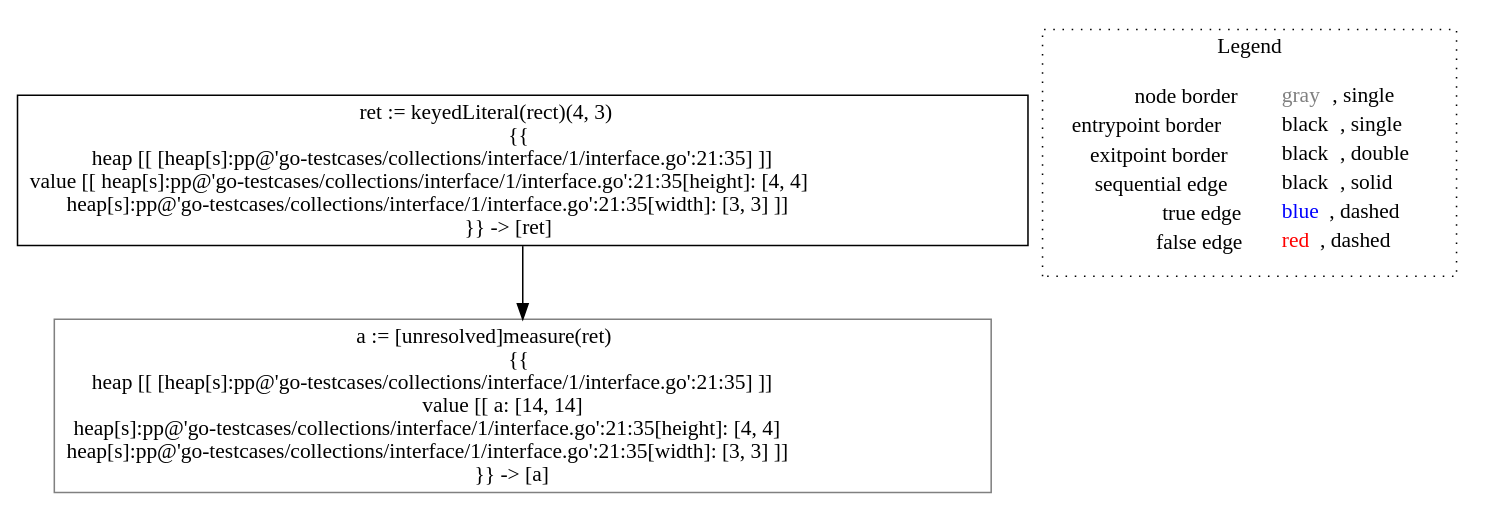
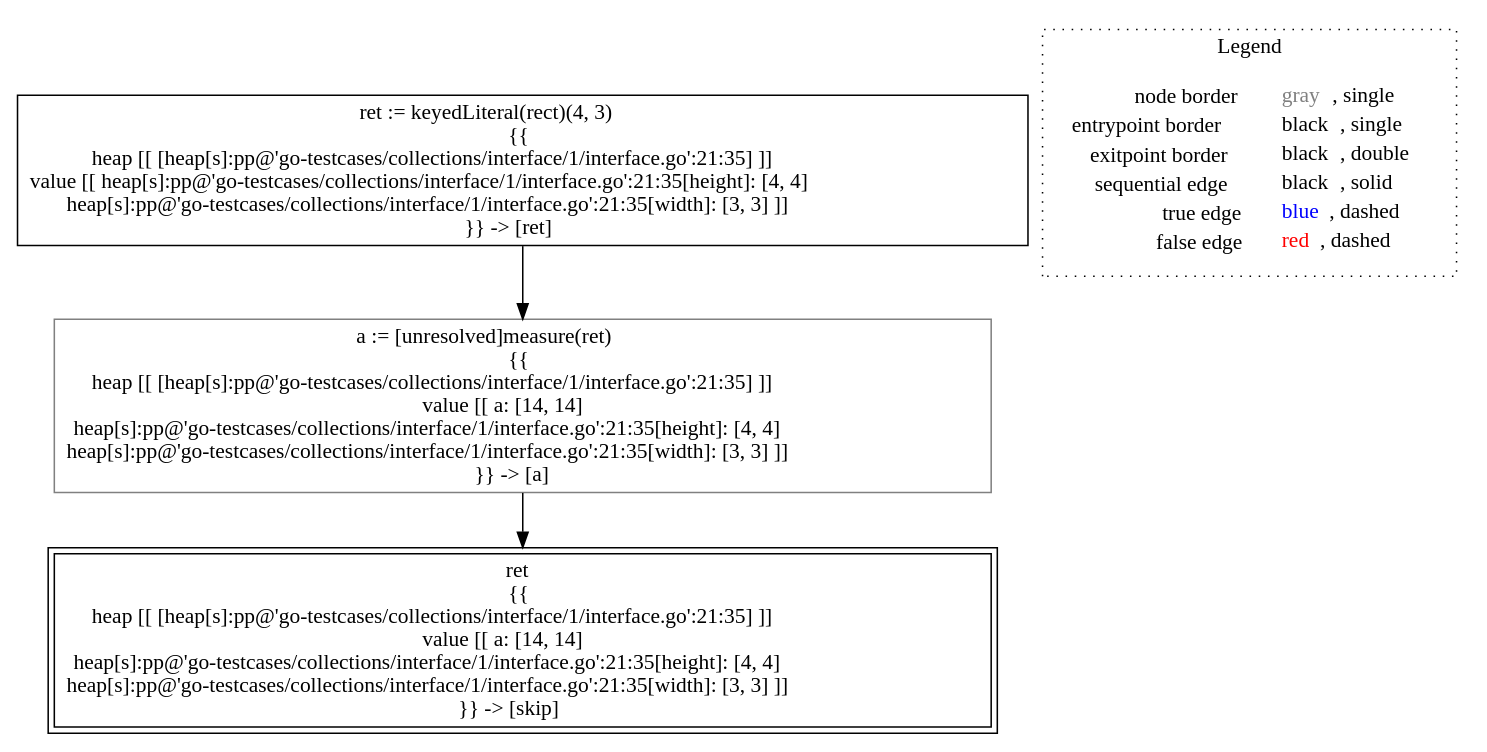
One commit to lisa-analyzer/go-lisa changed the diagram in go-lisa/go-testcases/collections/interface/1/analysis___untyped_~LiSAProgram.main().dot. Above: the diagram before and after it, drawn with Graphviz. The commit also changed 86 other files, not shown here.

```diff
--- a/go-lisa/go-testcases/collections/interface/1/analysis___untyped_~LiSAProgram.main().dot
+++ b/go-lisa/go-testcases/collections/interface/1/analysis___untyped_~LiSAProgram.main().dot
@@ -1,12 +1,14 @@
 digraph {
 	"node0" [shape="rect",color="black",label=<ret := keyedLiteral(rect)(4, 3)<BR/>{{<BR/>heap [[ [heap[s]:pp@'go-testcases/collections/interface/1/interface.go':21:35] ]]<BR/>value [[ heap[s]:pp@'go-testcases/collections/interface/1/interface.go':21:35[height]: [4, 4]<BR/>heap[s]:pp@'go-testcases/collections/interface/1/interface.go':21:35[width]: [3, 3] ]]<BR/>}} -&gt; [ret]>];
-	"node1" [shape="rect",color="gray",label=<a := [unresolved]measure(ret)<BR/>{{<BR/>heap [[ [heap[s]:pp@'go-testcases/collections/interface/1/interface.go':21:35] ]]<BR/>value [[ a: [14, 14]<BR/>heap[s]:pp@'go-testcases/collections/interface/1/interface.go':21:35[height]: [4, 4]<BR/>heap[s]:pp@'go-testcases/collections/interface/1/interface.go':21:35[width]: [3, 3] ]]<BR/>}} -&gt; [a]>];
-	"node0" -> "node1" [color="black"];
+	"node1" [shape="rect",color="black",peripheries="2",label=<ret<BR/>{{<BR/>heap [[ [heap[s]:pp@'go-testcases/collections/interface/1/interface.go':21:35] ]]<BR/>value [[ a: [14, 14]<BR/>heap[s]:pp@'go-testcases/collections/interface/1/interface.go':21:35[height]: [4, 4]<BR/>heap[s]:pp@'go-testcases/collections/interface/1/interface.go':21:35[width]: [3, 3] ]]<BR/>}} -&gt; [skip]>];
+	"node2" [shape="rect",color="gray",label=<a := [unresolved]measure(ret)<BR/>{{<BR/>heap [[ [heap[s]:pp@'go-testcases/collections/interface/1/interface.go':21:35] ]]<BR/>value [[ a: [14, 14]<BR/>heap[s]:pp@'go-testcases/collections/interface/1/interface.go':21:35[height]: [4, 4]<BR/>heap[s]:pp@'go-testcases/collections/interface/1/interface.go':21:35[width]: [3, 3] ]]<BR/>}} -&gt; [a]>];
+	"node0" -> "node2" [color="black"];
+	"node2" -> "node1" [color="black"];
 subgraph cluster_legend {
 	label="Legend";
 	style=dotted;
 	node [shape=plaintext];
 	"legend" [label=<<table border="0" cellpadding="2" cellspacing="0" cellborder="0"><tr><td align="right">node border&nbsp;</td><td align="left"><font color="gray">gray</font>, single</td></tr><tr><td align="right">entrypoint border&nbsp;</td><td align="left"><font color="black">black</font>, single</td></tr><tr><td align="right">exitpoint border&nbsp;</td><td align="left"><font color="black">black</font>, double</td></tr><tr><td align="right">sequential edge&nbsp;</td><td align="left"><font color="black">black</font>, solid</td></tr><tr><td align="right">true edge&nbsp;</td><td align="left"><font color="blue">blue</font>, dashed</td></tr><tr><td align="right">false edge&nbsp;</td><td align="left"><font color="red">red</font>, dashed</td></tr></table>>];
 }
 
 }
```
